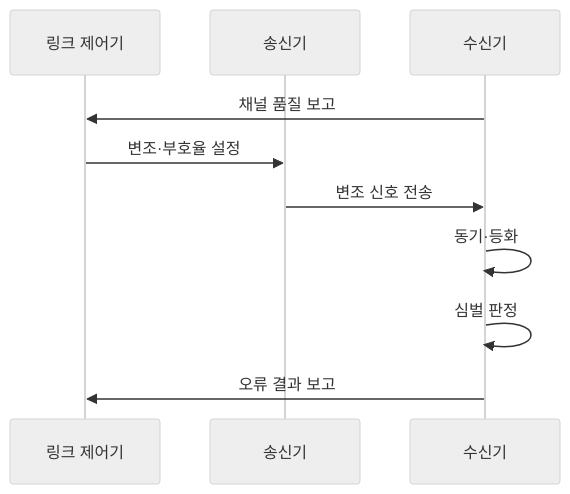
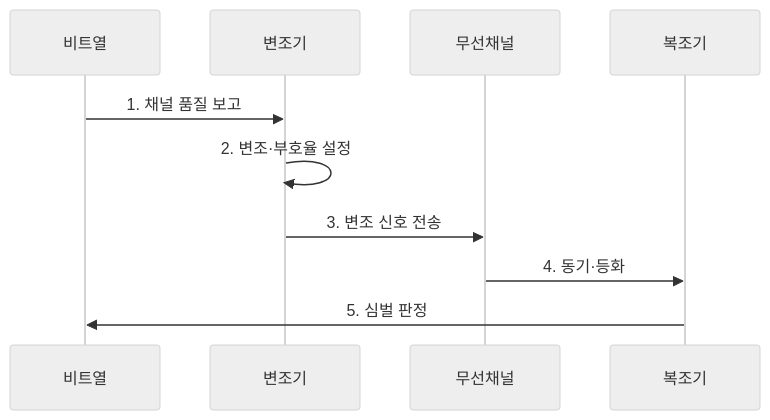
The second of 2 diagrams in src/content/docs/notes/04-network/066_modulation_methods.md (agnusdei1207/knowledge-base), drawn with Mermaid (neutral theme) before and after one commit. The commit also changed other lines of this file and 20 other files, not shown here.

````diff
--- a/src/content/docs/notes/04-network/066_modulation_methods.md
+++ b/src/content/docs/notes/04-network/066_modulation_methods.md
@@ -95,12 +88,12 @@
 ```mermaid
 sequenceDiagram
-    participant C as 링크 제어기
-    participant T as 송신기
-    participant R as 수신기
-    R->>C: 채널 품질 보고
-    C->>T: 변조·부호율 설정
-    T->>R: 변조 신호 전송
-    R->>R: 동기·등화
-    R->>R: 심벌 판정
-    R->>C: 오류 결과 보고
+    participant 비트열
+    participant 변조기
+    participant 무선채널
+    participant 복조기
+    비트열->>변조기: 1. 채널 품질 보고
+    변조기->>변조기: 2. 변조·부호율 설정
+    변조기->>무선채널: 3. 변조 신호 전송
+    무선채널->>복조기: 4. 동기·등화
+    복조기->>비트열: 5. 심벌 판정
 ```
````
